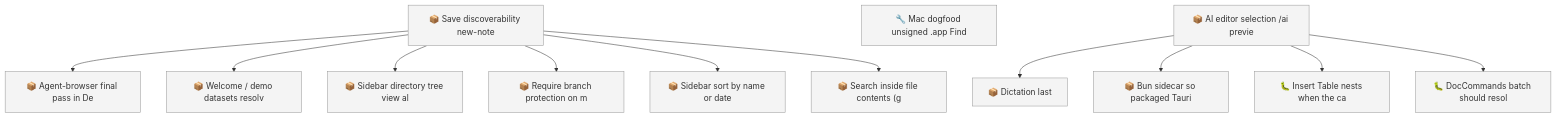
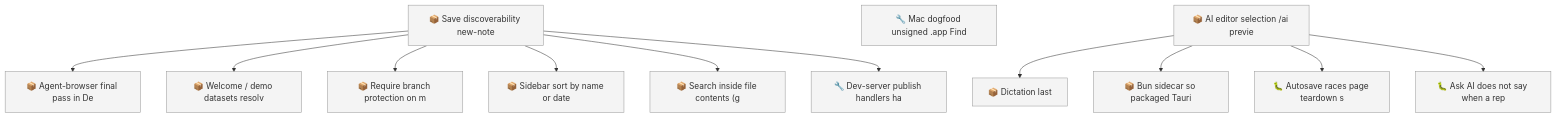
The first of 2 diagrams in docs/roadmap.md (SpillwaveSolutions/motion), drawn with Mermaid before and after one commit. The commit also changed other lines of this file and 19 other files, not shown here.

First line of the commit message:
fix: table insert escapes its table; AI batches resolve against one snapshot (#48)

````diff
--- a/docs/roadmap.md
+++ b/docs/roadmap.md
@@ -82,28 +87,28 @@
 ```mermaid
 graph TD
     01KYQYYN3SBWDT25TC6H3G4EAA["📦 Save discoverability new-note"]
     01KYQYYN3T2SSGG33ESEWPXKH8["📦 Agent-browser final pass in De"]
     01KYQYYN3T3VB8RCTMJJ13FK2H["📦 Welcome / demo datasets resolv"]
-    01KYQYYN3T5W49QH05WCCYX7CE["📦 Sidebar directory tree view al"]
     01KYQYYN3T731B57N8NXQ8C0FQ["📦 Require branch protection on m"]
     01KYQYYN3TA69K8848E483HC82["📦 Sidebar sort by name or date"]
     01KYQYYN3TKW93D9SVW07VKFZY["📦 Search inside file contents (g"]
     01M18Q560MPAYQJTA0W6F4DAW3["🔧 Mac dogfood unsigned .app Find"]
     01M18R79ZM90HJ0MBG3CX6VW7E["📦 Dictation last"]
     01M18R79ZMN53CMV76JFHKVEFN["📦 AI editor selection /ai previe"]
     01M19Z6Z3XQZ03EYNXKKBG5WK7["📦 Bun sidecar so packaged Tauri"]
-    01M19Z6Z5DJ54227R1WYVVX2GF["🐛 Insert Table nests when the ca"]
-    01M19Z6Z6X06VRZM95741Y2748["🐛 DocCommands batch should resol"]
+    01M1ABYDSANE2N1W2HDTF350EV["🐛 Autosave races page teardown s"]
+    01M1ABZH14RJDDJ7M7HT3TZKYW["🐛 Ask AI does not say when a rep"]
+    01M1ABZH2F573CM32N93NDMAGB["🔧 Dev-server publish handlers ha"]
     01KYQYYN3SBWDT25TC6H3G4EAA --> 01KYQYYN3T2SSGG33ESEWPXKH8
     01KYQYYN3SBWDT25TC6H3G4EAA --> 01KYQYYN3T3VB8RCTMJJ13FK2H
-    01KYQYYN3SBWDT25TC6H3G4EAA --> 01KYQYYN3T5W49QH05WCCYX7CE
     01KYQYYN3SBWDT25TC6H3G4EAA --> 01KYQYYN3T731B57N8NXQ8C0FQ
     01KYQYYN3SBWDT25TC6H3G4EAA --> 01KYQYYN3TA69K8848E483HC82
     01KYQYYN3SBWDT25TC6H3G4EAA --> 01KYQYYN3TKW93D9SVW07VKFZY
     01M18R79ZMN53CMV76JFHKVEFN --> 01M18R79ZM90HJ0MBG3CX6VW7E
     01M18R79ZMN53CMV76JFHKVEFN --> 01M19Z6Z3XQZ03EYNXKKBG5WK7
-    01M18R79ZMN53CMV76JFHKVEFN --> 01M19Z6Z5DJ54227R1WYVVX2GF
-    01M18R79ZMN53CMV76JFHKVEFN --> 01M19Z6Z6X06VRZM95741Y2748
+    01M18R79ZMN53CMV76JFHKVEFN --> 01M1ABYDSANE2N1W2HDTF350EV
+    01M18R79ZMN53CMV76JFHKVEFN --> 01M1ABZH14RJDDJ7M7HT3TZKYW
+    01KYQYYN3SBWDT25TC6H3G4EAA --> 01M1ABZH2F573CM32N93NDMAGB
     classDef todo fill:#f4f4f4,stroke:#999999
-    class 01KYQYYN3SBWDT25TC6H3G4EAA,01KYQYYN3T2SSGG33ESEWPXKH8,01KYQYYN3T3VB8RCTMJJ13FK2H,01KYQYYN3T5W49QH05WCCYX7CE,01KYQYYN3T731B57N8NXQ8C0FQ,01KYQYYN3TA69K8848E483HC82,01KYQYYN3TKW93D9SVW07VKFZY,01M18Q560MPAYQJTA0W6F4DAW3,01M18R79ZM90HJ0MBG3CX6VW7E,01M18R79ZMN53CMV76JFHKVEFN,01M19Z6Z3XQZ03EYNXKKBG5WK7,01M19Z6Z5DJ54227R1WYVVX2GF,01M19Z6Z6X06VRZM95741Y2748 todo
+    class 01KYQYYN3SBWDT25TC6H3G4EAA,01KYQYYN3T2SSGG33ESEWPXKH8,01KYQYYN3T3VB8RCTMJJ13FK2H,01KYQYYN3T731B57N8NXQ8C0FQ,01KYQYYN3TA69K8848E483HC82,01KYQYYN3TKW93D9SVW07VKFZY,01M18Q560MPAYQJTA0W6F4DAW3,01M18R79ZM90HJ0MBG3CX6VW7E,01M18R79ZMN53CMV76JFHKVEFN,01M19Z6Z3XQZ03EYNXKKBG5WK7,01M1ABYDSANE2N1W2HDTF350EV,01M1ABZH14RJDDJ7M7HT3TZKYW,01M1ABZH2F573CM32N93NDMAGB todo
 ```
````
